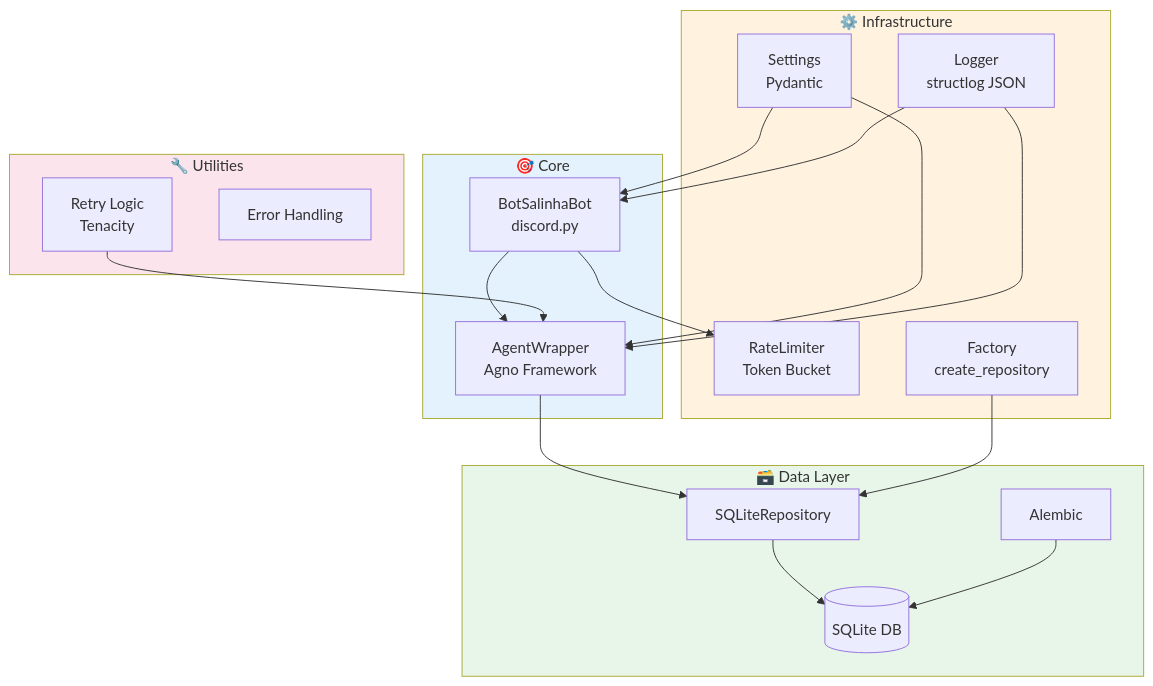
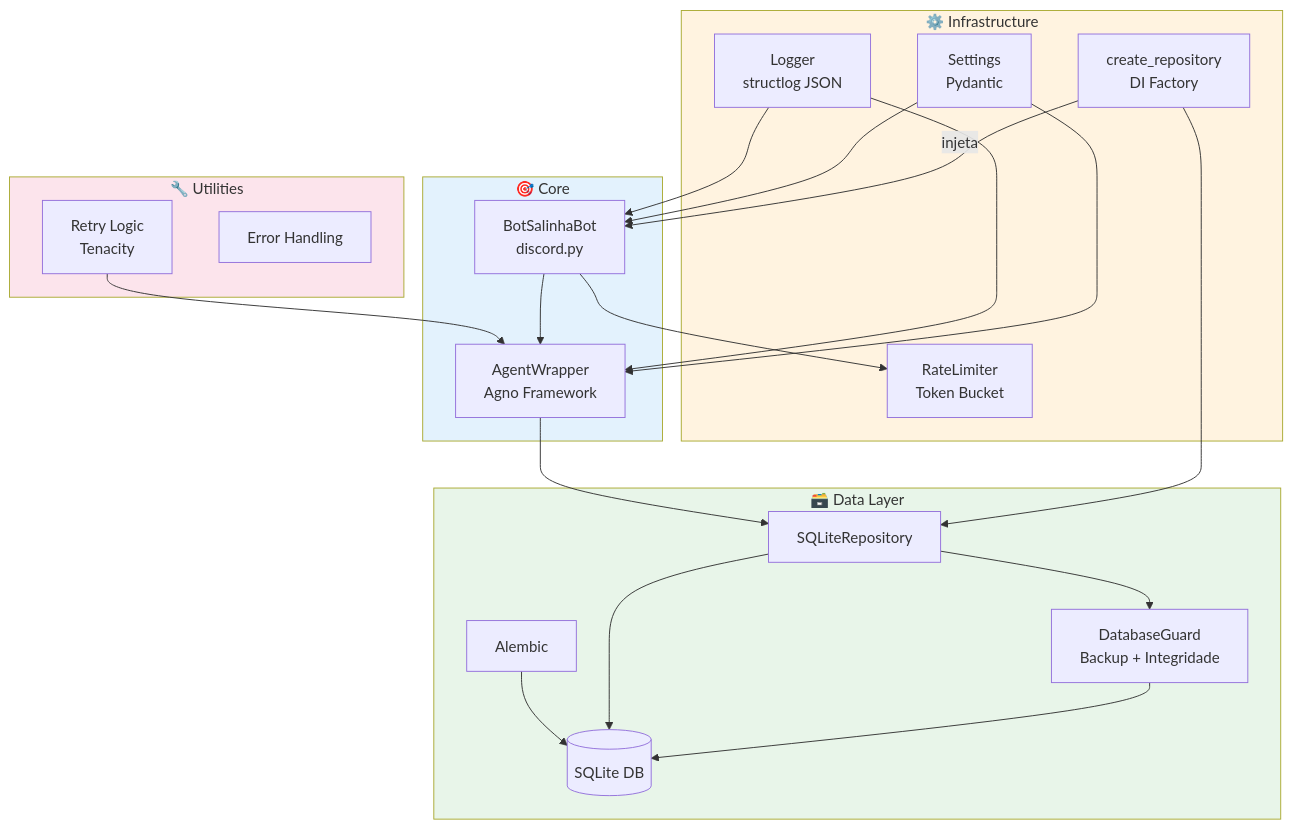
One commit to prof-ramos/BotSalinha changed the fourth of 5 diagrams in README.md. Above: the diagram before and after it, drawn with Mermaid. The commit also changed other lines of this file and 1 other file, not shown here.

````diff
--- a/README.md
+++ b/README.md
@@ -309,42 +311,46 @@
 ```mermaid
 graph TB
     subgraph CORE["🎯 Core"]
         BOT[BotSalinhaBot<br/>discord.py]
         AGENT[AgentWrapper<br/>Agno Framework]
     end
 
     subgraph INFRA["⚙️ Infrastructure"]
         RATE[RateLimiter<br/>Token Bucket]
         CONFIG[Settings<br/>Pydantic]
         LOGS[Logger<br/>structlog JSON]
-        FACTORY[Factory<br/>create_repository]
+        FACTORY[create_repository<br/>DI Factory]
     end
 
     subgraph DATA["🗃️ Data Layer"]
         REPO[SQLiteRepository]
+        GUARD[DatabaseGuard<br/>Backup + Integridade]
         DB[(SQLite DB)]
         MIGRATIONS[Alembic]
     end
 
     subgraph UTILS["🔧 Utilities"]
         RETRY[Retry Logic<br/>Tenacity]
         ERRORS[Error Handling]
     end
 
     BOT --> RATE
     BOT --> AGENT
+    FACTORY -->|injeta| BOT
+    FACTORY --> REPO
     AGENT --> REPO
-    FACTORY --> REPO
+    REPO --> GUARD
+    GUARD --> DB
     REPO --> DB
     MIGRATIONS --> DB
     CONFIG --> BOT
     CONFIG --> AGENT
     LOGS --> BOT
     LOGS --> AGENT
     RETRY --> AGENT
 
     style CORE fill:#e3f2fd
     style INFRA fill:#fff3e0
     style DATA fill:#e8f5e9
     style UTILS fill:#fce4ec
 ```
````
